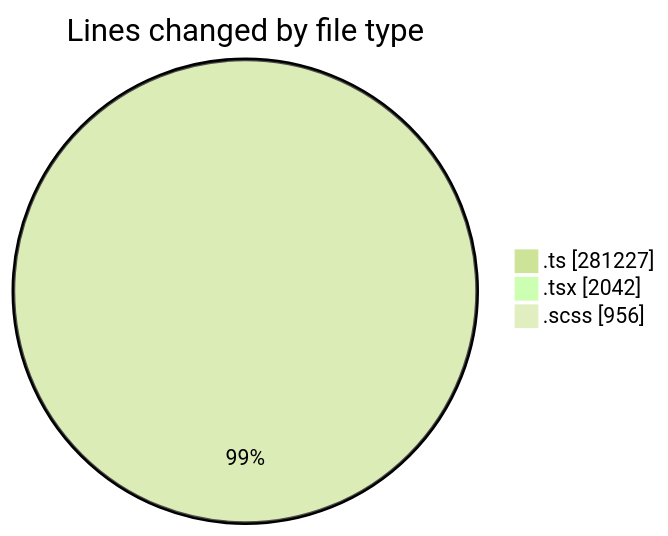
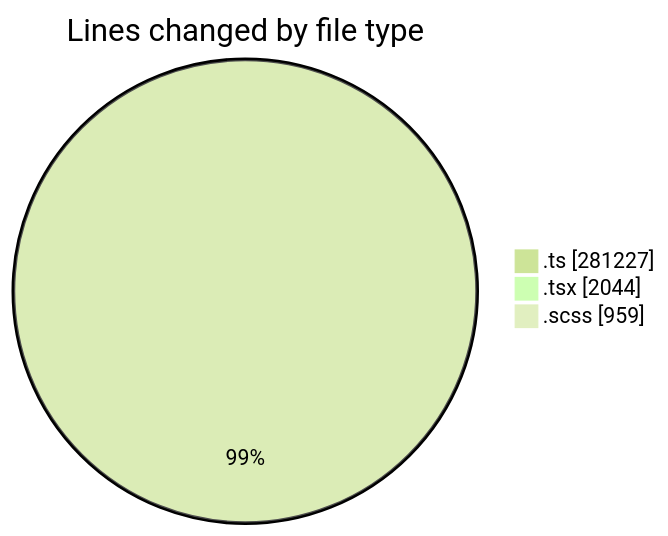
Before and after one commit to momahboobian/code-tracking: the first of 2 diagrams in 2025-08-22/cda/README.md, drawn with Mermaid (forest theme). The commit also changed other lines of this file and 1 other file, not shown here.

````diff
--- a/2025-08-22/cda/README.md
+++ b/2025-08-22/cda/README.md
@@ -43,7 +43,7 @@
 ```mermaid
 pie showData
 title Lines changed by file type
 ".ts" : 281227
-".tsx" : 2042
-".scss" : 956
+".tsx" : 2044
+".scss" : 959
 ```
````
